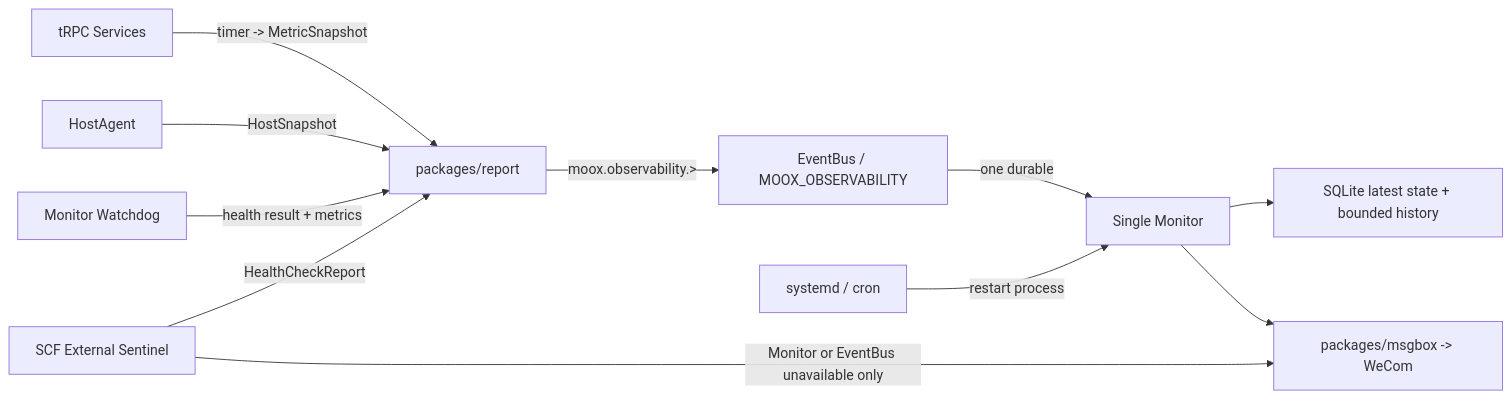
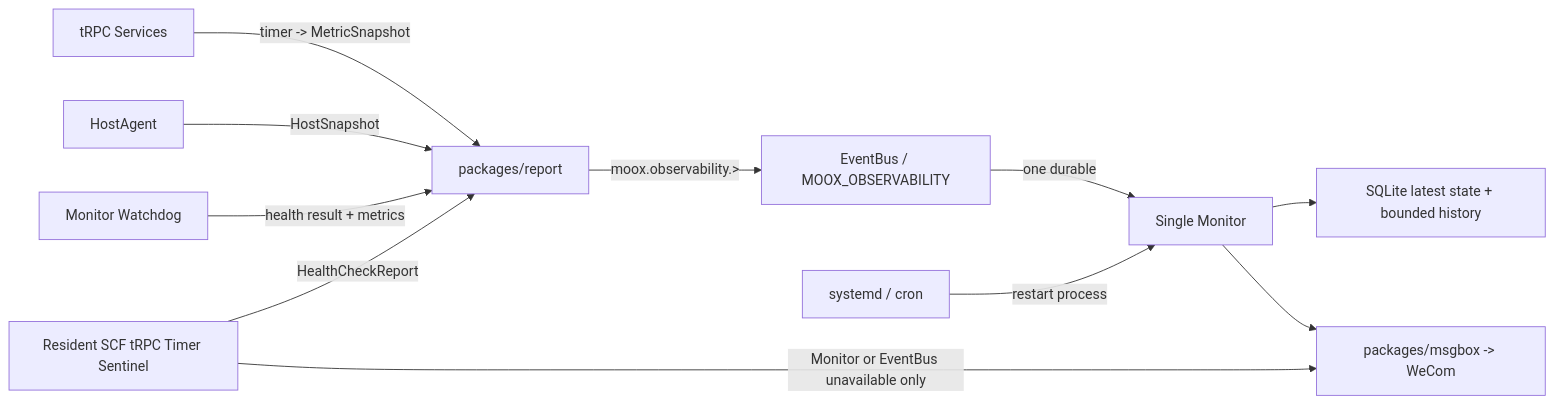
Before and after one commit to mooyang-code/moox: the diagram in docs/superpowers/plans/2026-07-28-system-observability-monitoring.md, drawn with Mermaid. The commit also changed other lines of this file, not shown here.

First line of the commit message:
docs(monitor): refine scf and dataset monitoring plan

````diff
--- a/docs/superpowers/plans/2026-07-28-system-observability-monitoring.md
+++ b/docs/superpowers/plans/2026-07-28-system-observability-monitoring.md
@@ -28,13 +29,13 @@
 ```mermaid
 flowchart LR
   S["tRPC Services"] -->|"timer -> MetricSnapshot"| R["packages/report"]
   H["HostAgent"] -->|"HostSnapshot"| R
   MWD["Monitor Watchdog"] -->|"health result + metrics"| R
-  SCF["SCF External Sentinel"] -->|"HealthCheckReport"| R
+  SCF["Resident SCF tRPC Timer Sentinel"] -->|"HealthCheckReport"| R
   R -->|"moox.observability.>"| EB["EventBus / MOOX_OBSERVABILITY"]
   EB -->|"one durable"| MON["Single Monitor"]
   MON --> DB["SQLite latest state + bounded history"]
   MON --> MSG["packages/msgbox -> WeCom"]
   SCF -->|"Monitor or EventBus unavailable only"| MSG
   CRON["systemd / cron"] -->|"restart process"| MON
 ```
````
